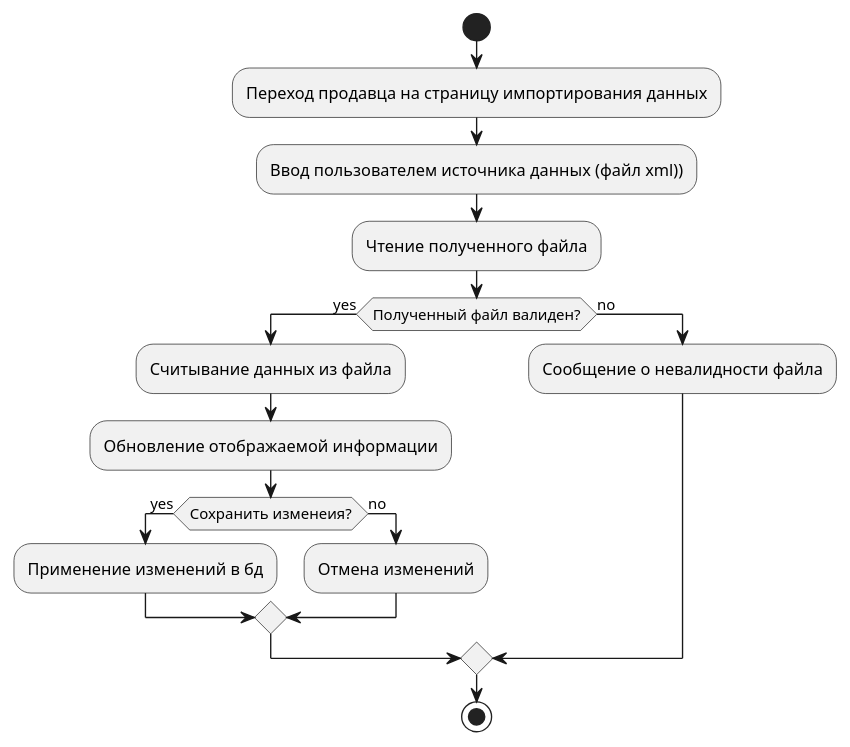
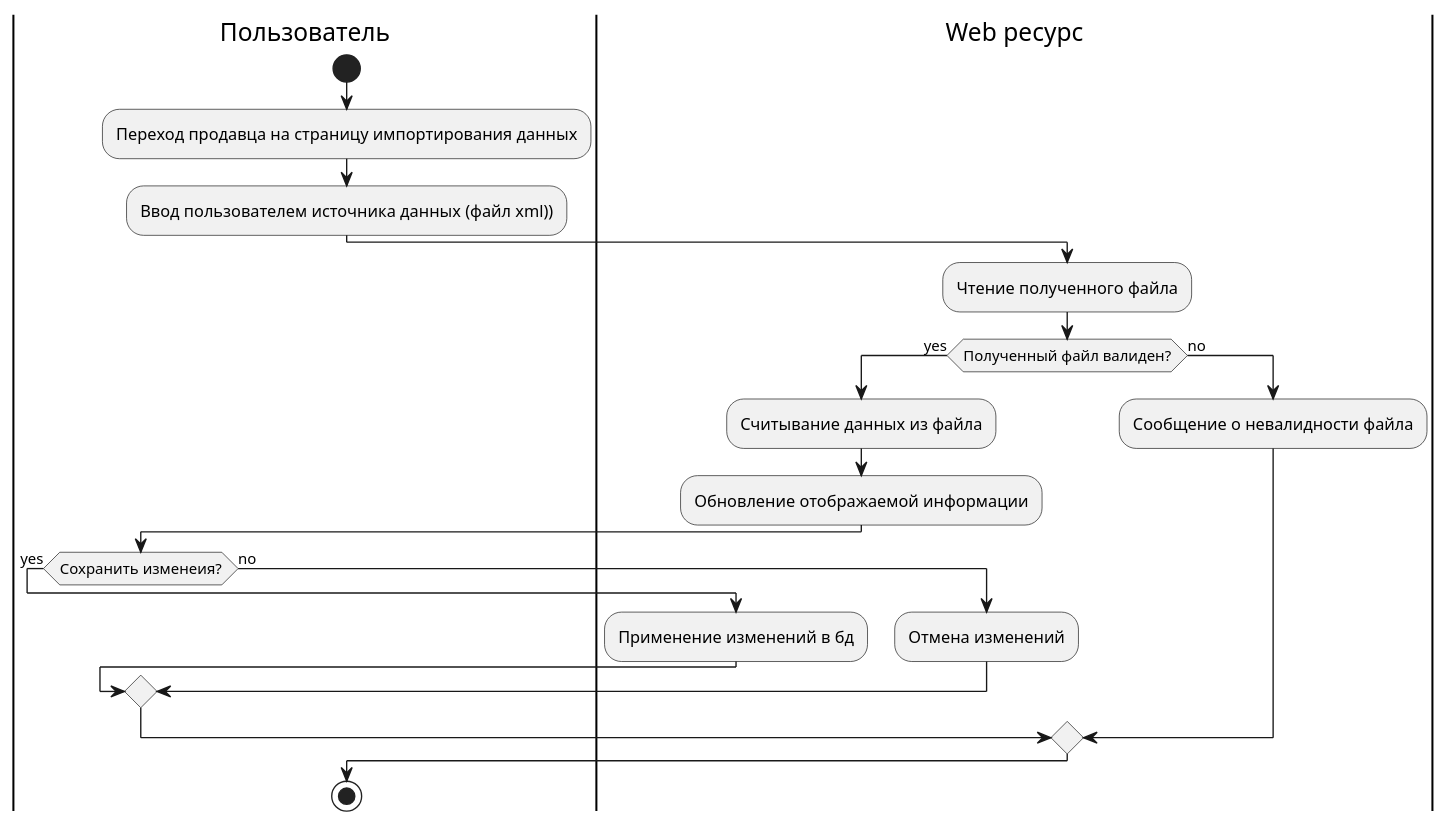
The diagram in activity_diagrams/seller_manage_catalog_of_goods_get_data_from_1c.puml (zadroshu/diagrams), drawn with PlantUML before and after one commit. The commit also changed 8 other files, not shown here.

Commit message:
add Actors to activity diagrams

```diff
--- a/activity_diagrams/seller_manage_catalog_of_goods_get_data_from_1c.puml
+++ b/activity_diagrams/seller_manage_catalog_of_goods_get_data_from_1c.puml
@@ -1,22 +1,28 @@
 @startuml
 'https://plantuml.com/activity-diagram-beta
 
+|Пользователь|
 start
 :Переход продавца на страницу импортирования данных;
 :Ввод пользователем источника данных (файл xml));
+|Web ресурс|
 :Чтение полученного файла;
 if (Полученный файл валиден?) is (yes) then
   :Считывание данных из файла;
   :Обновление отображаемой информации;
+  |Пользователь|
   if (Сохранить изменеия?) is (yes) then
+    |Web ресурс|
     :Применение изменений в бд;
   else (no)
+    |Web ресурс|
     :Отмена изменений;
   endif
 else (no)
   :Сообщение о невалидности файла;
+|Пользователь|
 endif
 
 stop
 
 @enduml
```
